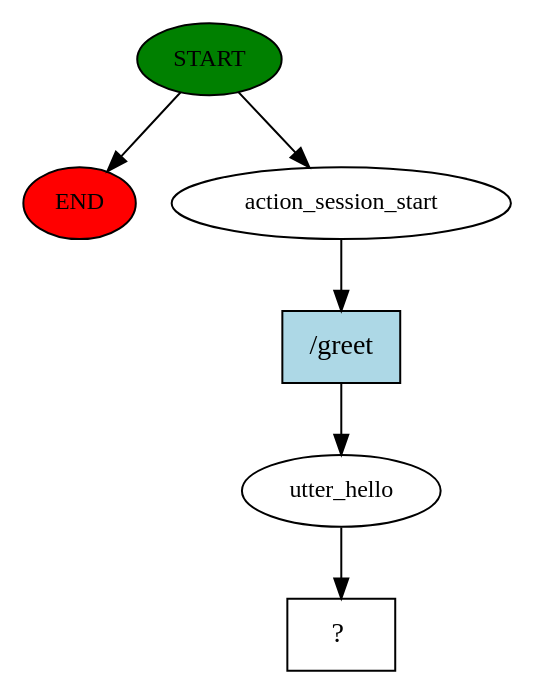
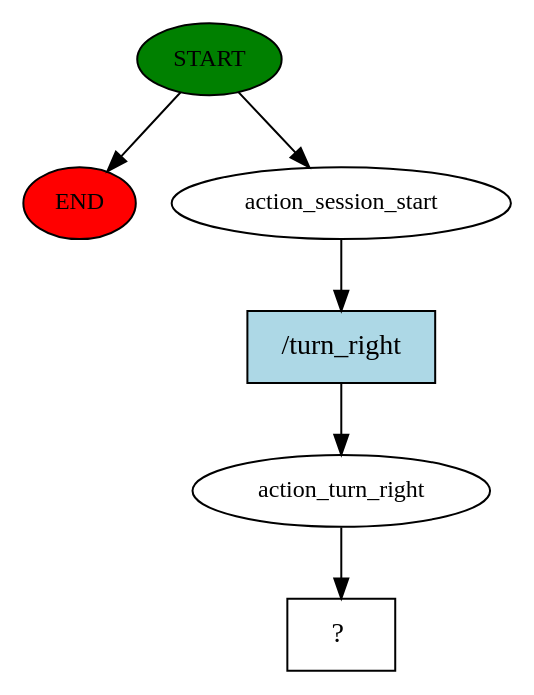
One commit to rballachay/morbius changed the diagram in data/rasa/v2_motor/story_graph.dot. Above: the diagram before and after it, drawn with Graphviz. The commit also changed 15 other files, not shown here.

```diff
--- a/data/rasa/v2_motor/story_graph.dot
+++ b/data/rasa/v2_motor/story_graph.dot
@@ -1,13 +1,13 @@
 digraph  {
 0 [class="start active", fillcolor=green, fontsize=12, label=START, style=filled];
 "-1" [class=end, fillcolor=red, fontsize=12, label=END, style=filled];
 1 [class=active, fontsize=12, label=action_session_start];
-2 [class=active, fontsize=12, label=utter_hello];
+2 [class=active, fontsize=12, label=action_turn_right];
 3 [class="intent dashed active", label="  ?  ", shape=rect];
-4 [class="intent active", fillcolor=lightblue, label="/greet", shape=rect, style=filled];
+4 [class="intent active", fillcolor=lightblue, label="/turn_right", shape=rect, style=filled];
 0 -> "-1"  [class="", key=NONE, label=""];
 0 -> 1  [class=active, key=NONE, label=""];
 1 -> 4  [class=active, key=0];
 2 -> 3  [class=active, key=NONE, label=""];
 4 -> 2  [class=active, key=0];
 }
```
